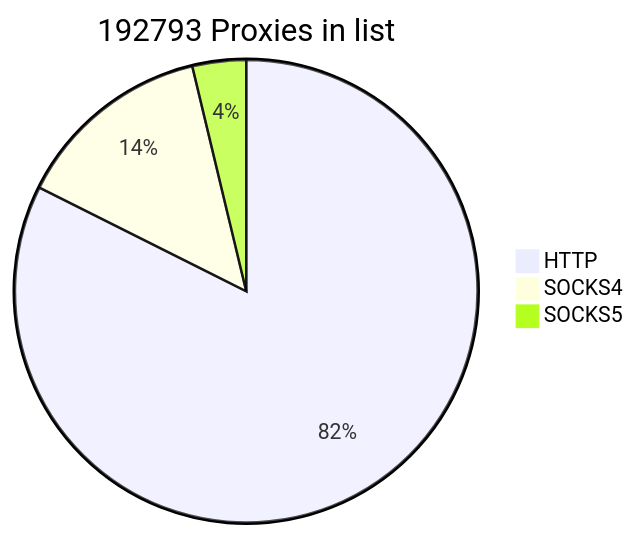
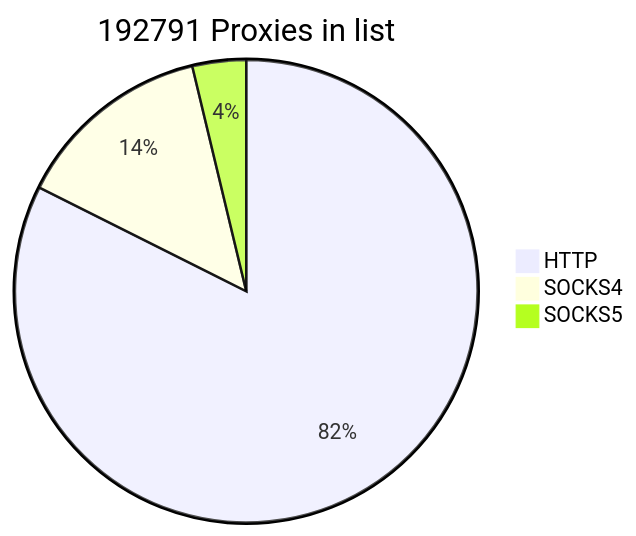
Before and after one commit to cutipu/proxylist: the first of 2 diagrams in README.md, drawn with Mermaid. The commit also changed other lines of this file, not shown here.

````diff
--- a/README.md
+++ b/README.md
@@ -2,7 +2,7 @@
 ```mermaid
-pie title 192793 Proxies in list
-    "HTTP" : 158851
-    "SOCKS4" : 26718
-    "SOCKS5" : 7224
+pie title 192791 Proxies in list
+    "HTTP" : 158850
+    "SOCKS4" : 26716
+    "SOCKS5" : 7225
             
 ```
````
